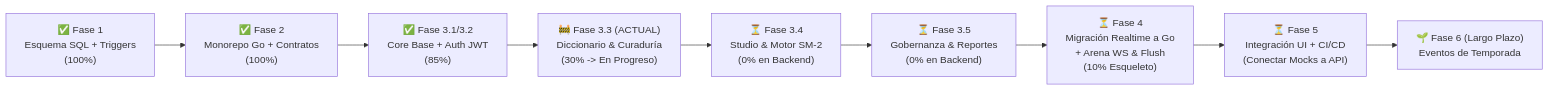
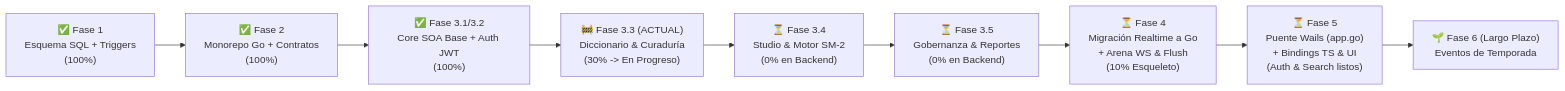
The diagram in .context/PLAN.md (OGShawnLee/palabrario), drawn with Mermaid before and after one commit. The commit also changed other lines of this file and 5 other files, not shown here.

First line of the commit message:
docs: clarify Wails native Go IPC bridge and TypeScript codegen architecture

````diff
--- a/.context/PLAN.md
+++ b/.context/PLAN.md
@@ -24,11 +29,11 @@
 ```mermaid
 flowchart LR
     F1["✅ Fase 1\nEsquema SQL + Triggers\n(100%)"] --> F2["✅ Fase 2\nMonorepo Go + Contratos\n(100%)"]
-    F2 --> F31["✅ Fase 3.1/3.2\nCore Base + Auth JWT\n(85%)"]
+    F2 --> F31["✅ Fase 3.1/3.2\nCore SOA Base + Auth JWT\n(100%)"]
     F31 --> F33["🚧 Fase 3.3 (ACTUAL)\nDiccionario & Curaduría\n(30% -> En Progreso)"]
     F33 --> F34["⏳ Fase 3.4\nStudio & Motor SM-2\n(0% en Backend)"]
     F34 --> F35["⏳ Fase 3.5\nGobernanza & Reportes\n(0% en Backend)"]
     F35 --> F4["⏳ Fase 4\nMigración Realtime a Go\n+ Arena WS & Flush\n(10% Esqueleto)"]
-    F4 --> F5["⏳ Fase 5\nIntegración UI + CI/CD\n(Conectar Mocks a API)"]
+    F4 --> F5["⏳ Fase 5\nPuente Wails (app.go)\n+ Bindings TS & UI\n(Auth & Search listos)"]
     F5 --> F6["🌱 Fase 6 (Largo Plazo)\nEventos de Temporada"]
 ```
````
